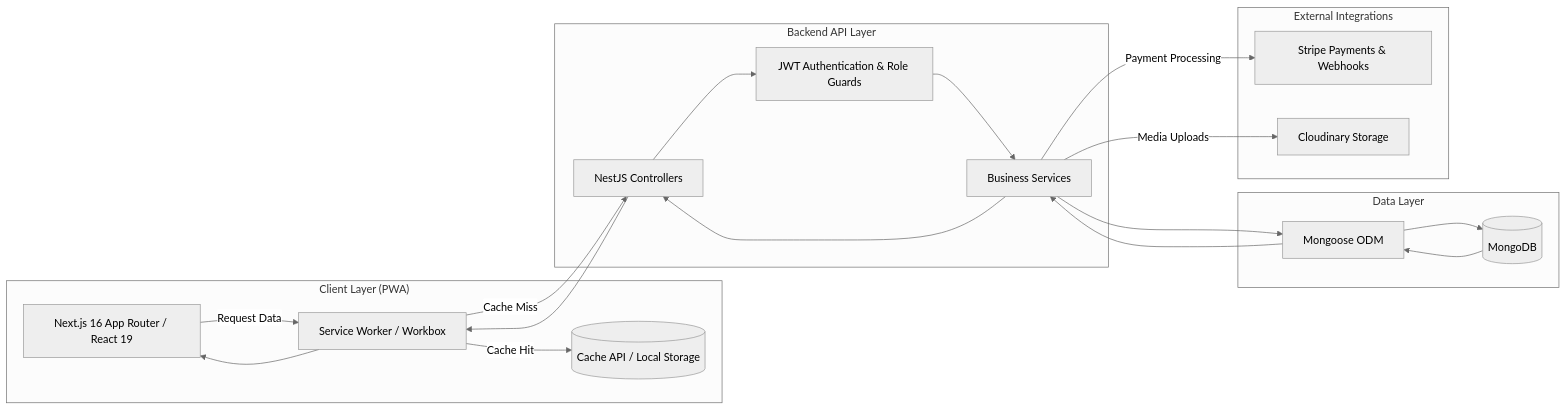
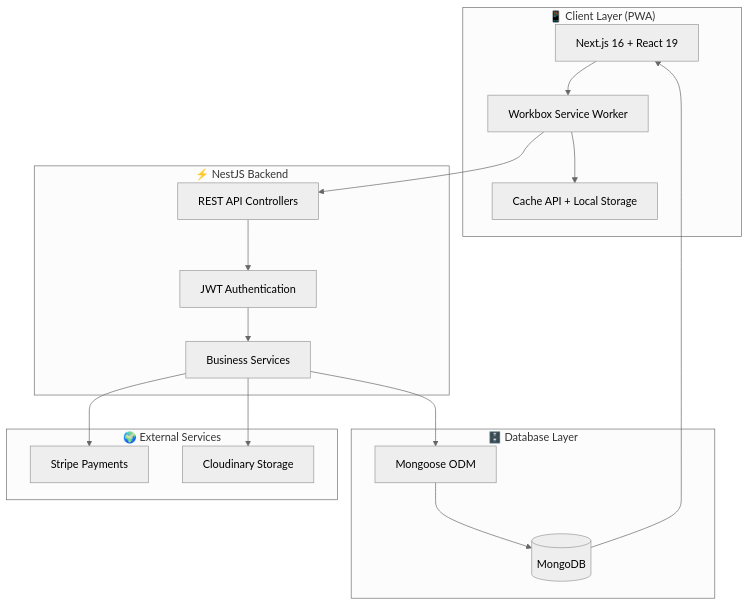
Before and after one commit to ZODIAC3al/The-CodeFather: the first of 4 diagrams in README.md, drawn with Mermaid (neutral theme). The commit also changed other lines of this file, not shown here.

````diff
--- a/README.md
+++ b/README.md
@@ -10,44 +23,40 @@
 ```mermaid
-flowchart LR
+flowchart TB
 
-subgraph Client["Client Layer (PWA)"]
-    UI["Next.js 16 App Router / React 19"]
-    SW["Service Worker / Workbox"]
-    CACHE[("Cache API / Local Storage")]
+subgraph Client["📱 Client Layer (PWA)"]
+    UI["Next.js 16 + React 19"]
+    SW["Workbox Service Worker"]
+    CACHE["Cache API + Local Storage"]
 end
 
-subgraph API["Backend API Layer"]
-    CTRL["NestJS Controllers"]
-    AUTH["JWT Authentication & Role Guards"]
-    SERVICE["Business Services"]
+subgraph Backend["⚡ NestJS Backend"]
+    API["REST API Controllers"]
+    AUTH["JWT Authentication"]
+    SERVICES["Business Services"]
 end
 
-subgraph Data["Data Layer"]
-    ODM["Mongoose ODM"]
+subgraph Database["🗄️ Database Layer"]
+    MONGOOSE["Mongoose ODM"]
     DB[("MongoDB")]
 end
 
-subgraph External["External Integrations"]
-    STRIPE["Stripe Payments & Webhooks"]
+subgraph External["🌍 External Services"]
+    STRIPE["Stripe Payments"]
     CLOUD["Cloudinary Storage"]
 end
 
-UI -->|Request Data| SW
-SW -->|Cache Hit| CACHE
-SW -->|Cache Miss| CTRL
+UI --> SW
+SW --> CACHE
+SW --> API
 
-CTRL --> AUTH
-AUTH --> SERVICE
+API --> AUTH
+AUTH --> SERVICES
 
-SERVICE --> ODM
-ODM --> DB
+SERVICES --> MONGOOSE
+MONGOOSE --> DB
 
-SERVICE -->|Payment Processing| STRIPE
-SERVICE -->|Media Uploads| CLOUD
+SERVICES --> STRIPE
+SERVICES --> CLOUD
 
-DB --> ODM
-ODM --> SERVICE
-SERVICE --> CTRL
-CTRL --> SW
-SW --> UI
+DB --> UI
 ```
````
